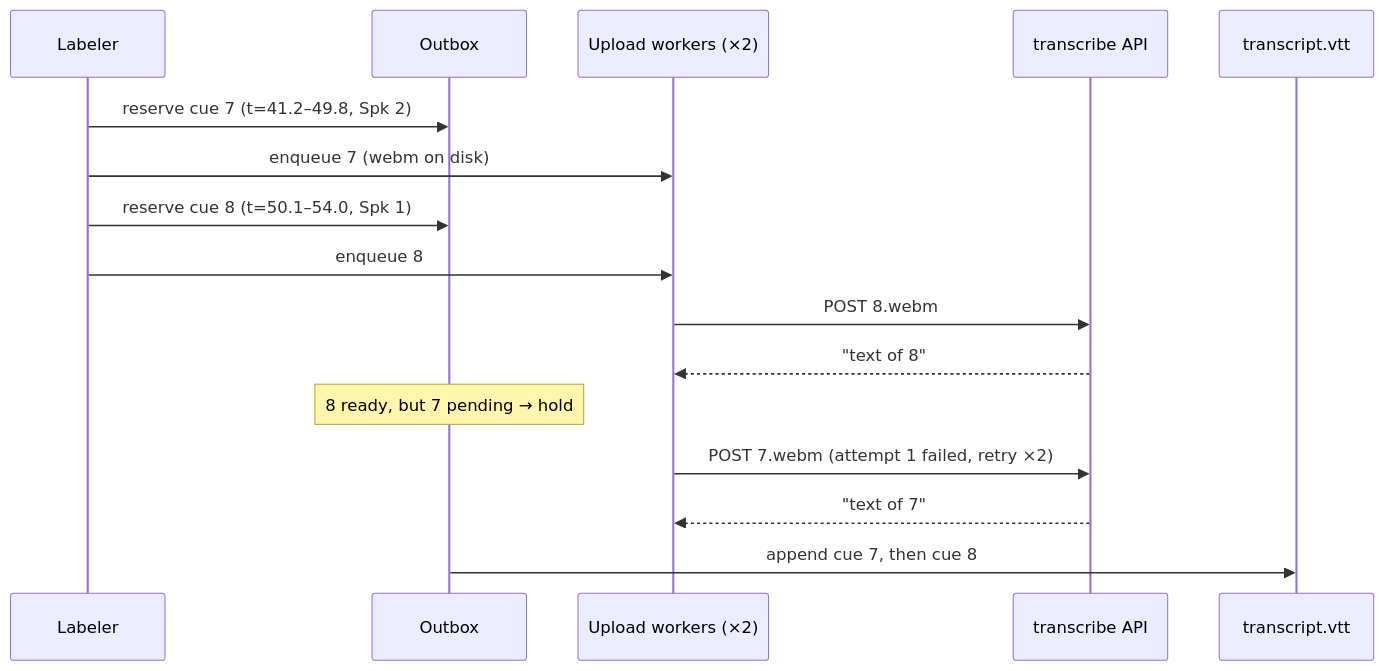
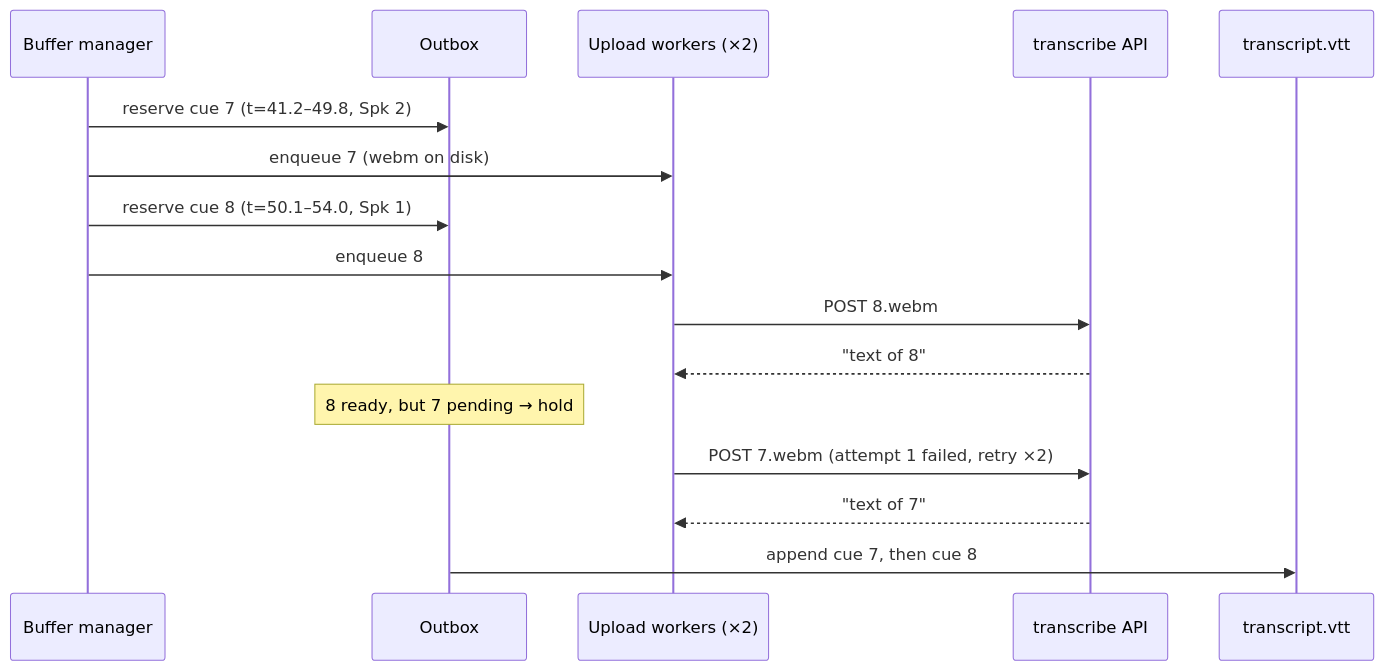
Before and after one commit to predict-woo/simbi: the third of 3 diagrams in docs/recording-algorithm.md, drawn with Mermaid. The commit also changed other lines of this file, not shown here.

````diff
--- a/docs/recording-algorithm.md
+++ b/docs/recording-algorithm.md
@@ -616,19 +605,19 @@
 ```mermaid
 sequenceDiagram
-    participant LB as Labeler
+    participant BM as Buffer manager
     participant OB as Outbox
     participant UQ as Upload workers (×2)
     participant API as transcribe API
     participant VTT as transcript.vtt
 
-    LB->>OB: reserve cue 7 (t=41.2–49.8, Spk 2)
-    LB->>UQ: enqueue 7 (webm on disk)
-    LB->>OB: reserve cue 8 (t=50.1–54.0, Spk 1)
-    LB->>UQ: enqueue 8
+    BM->>OB: reserve cue 7 (t=41.2–49.8, Spk 2)
+    BM->>UQ: enqueue 7 (webm on disk)
+    BM->>OB: reserve cue 8 (t=50.1–54.0, Spk 1)
+    BM->>UQ: enqueue 8
     UQ->>API: POST 8.webm
     API-->>UQ: "text of 8"
     Note over OB: 8 ready, but 7 pending → hold
     UQ->>API: POST 7.webm (attempt 1 failed, retry ×2)
     API-->>UQ: "text of 7"
     OB->>VTT: append cue 7, then cue 8
 ```
````
